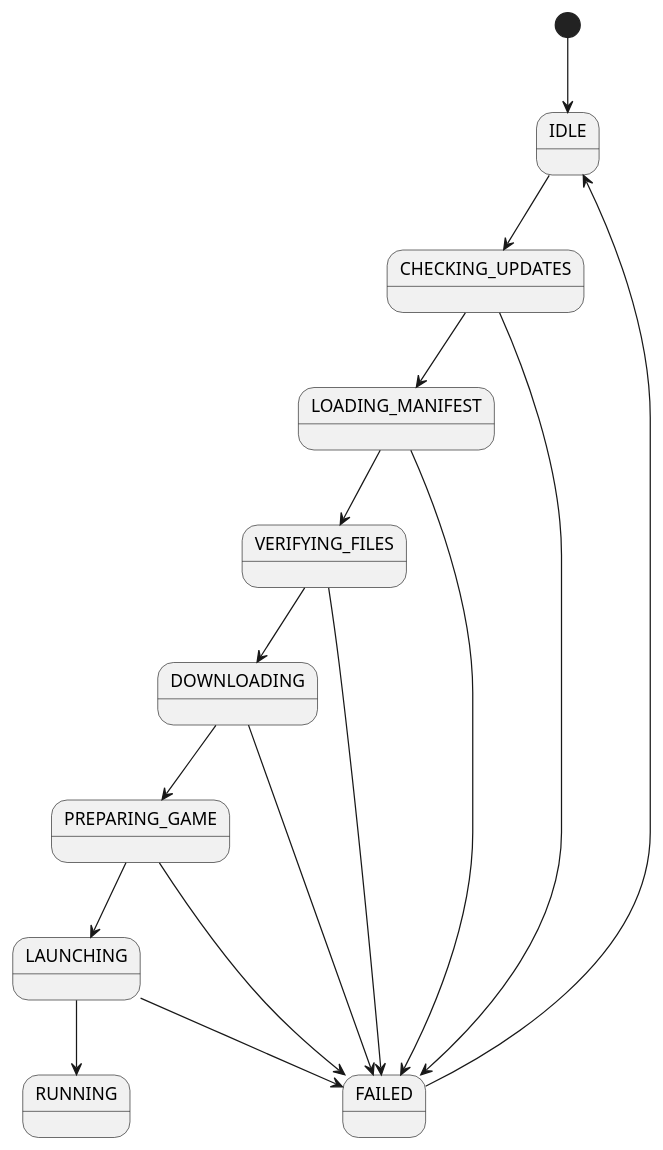
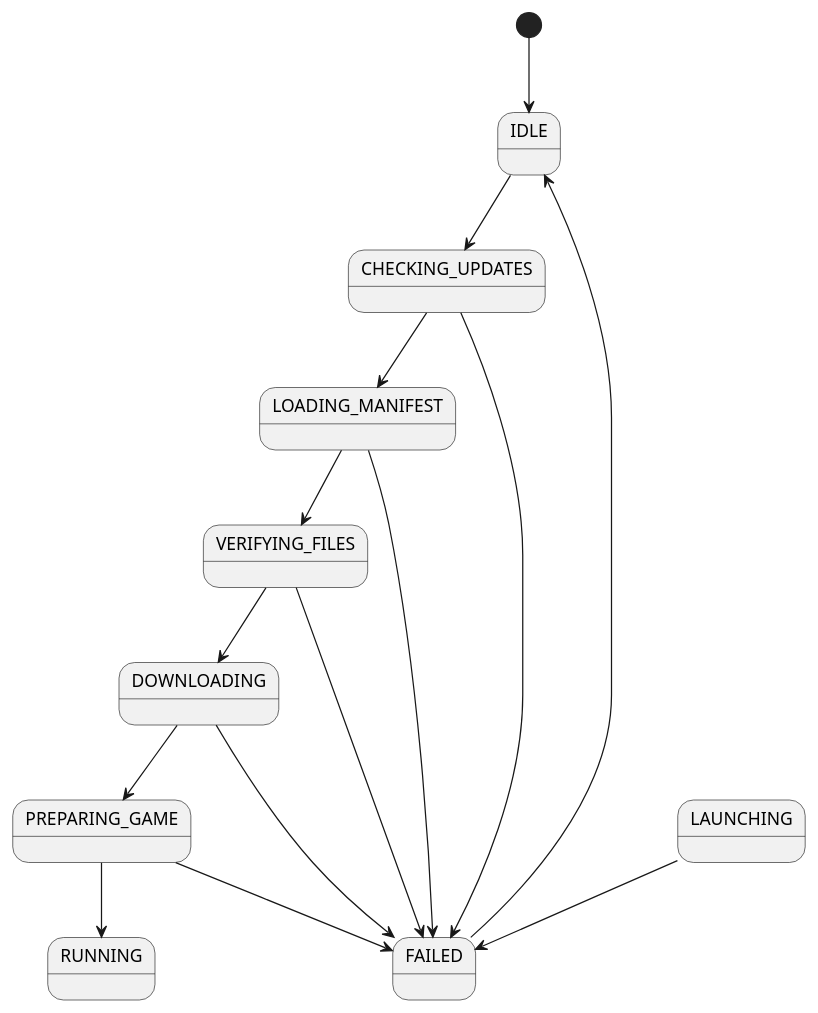
One commit to Hedgerock/Minecraft-launcher changed the diagram in docs/diagrams/launcher/launcher-lifecycle.puml. Above: the diagram before and after it, drawn with PlantUML. The commit also changed 3 other files, not shown here.

Commit message:
docs: align launcher lifecycle with prepare directories flow

```diff
--- a/docs/diagrams/launcher/launcher-lifecycle.puml
+++ b/docs/diagrams/launcher/launcher-lifecycle.puml
@@ -1,22 +1,23 @@
 @startuml
 
 [*] --> IDLE
+
+' LAUNCHING future state
 
 IDLE --> CHECKING_UPDATES
 CHECKING_UPDATES --> LOADING_MANIFEST
 LOADING_MANIFEST --> VERIFYING_FILES
 VERIFYING_FILES --> DOWNLOADING
 DOWNLOADING --> PREPARING_GAME
-PREPARING_GAME --> LAUNCHING
-LAUNCHING --> RUNNING
+PREPARING_GAME --> RUNNING
 
 CHECKING_UPDATES --> FAILED
 LOADING_MANIFEST --> FAILED
 VERIFYING_FILES --> FAILED
 DOWNLOADING --> FAILED
 PREPARING_GAME --> FAILED
 LAUNCHING --> FAILED
 
 FAILED --> IDLE
 
 @enduml
```
